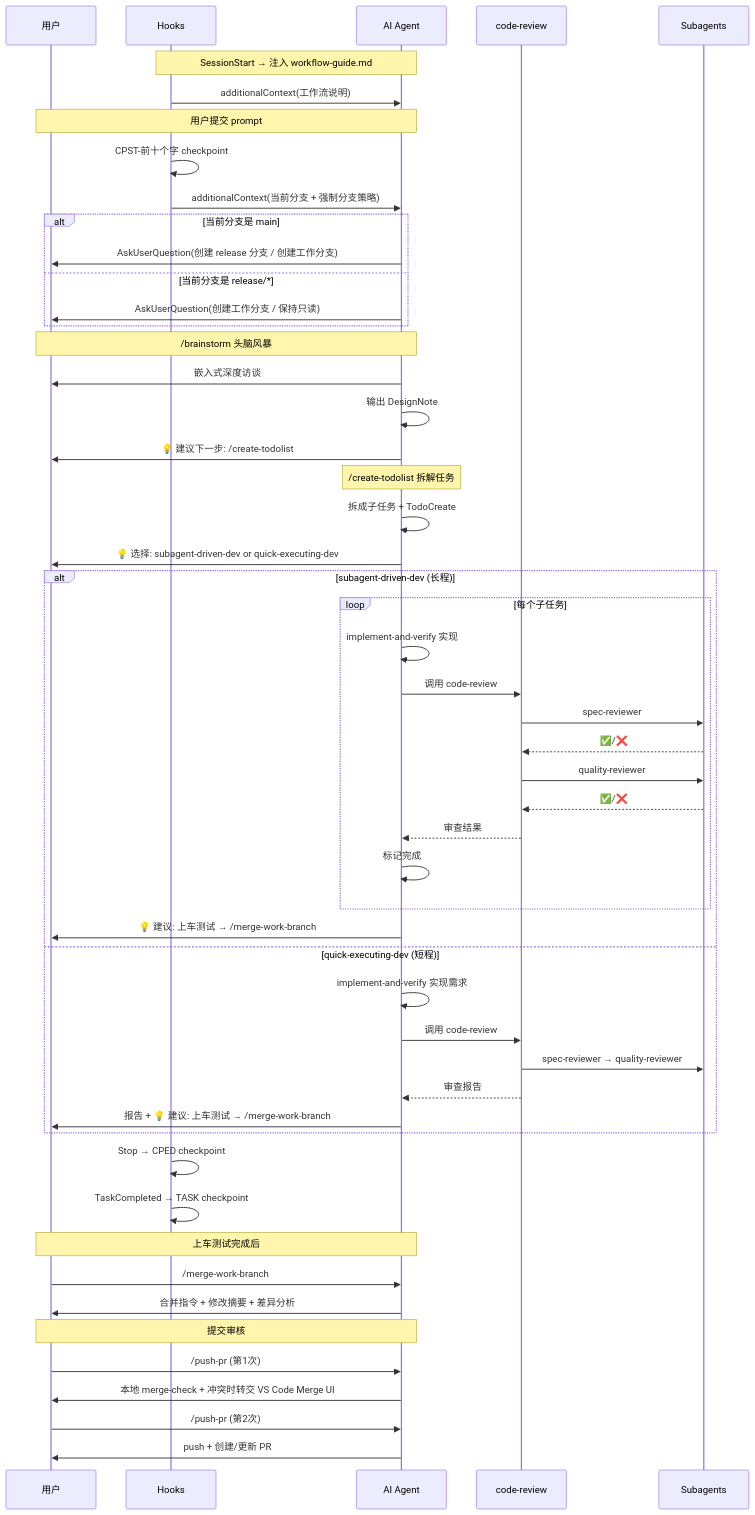
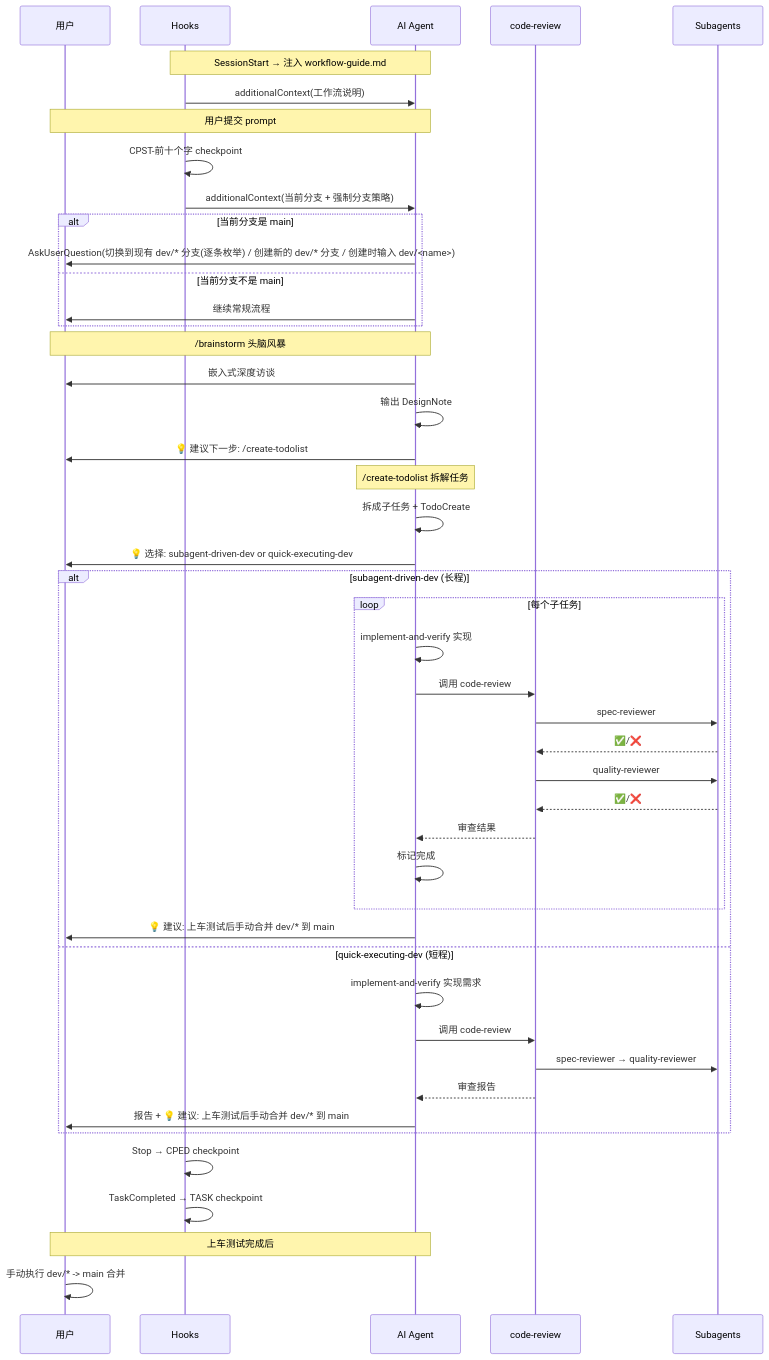
One commit to IHiter-2026-Wheeled-Bipedal-Soldier/Wheeled_Bipedal_Shared_CC_Config changed the second of 2 diagrams in Resources/AI 开发工作流系统设计框架.md. Above: the diagram before and after it, drawn with Mermaid. The commit also changed other lines of this file and 9 other files, not shown here.

````diff
--- a/Resources/AI 开发工作流系统设计框架.md
+++ b/Resources/AI 开发工作流系统设计框架.md
@@ -529,63 +521,56 @@
 ```mermaid
 sequenceDiagram
     participant U as 用户
     participant H as Hooks
     participant AI as AI Agent
     participant CR as code-review
     participant SA as Subagents
 
     Note over H,AI: SessionStart → 注入 workflow-guide.md
     H->>AI: additionalContext(工作流说明)
 
     Note over U,AI: 用户提交 prompt
     H->>H: CPST-前十个字 checkpoint
     H->>AI: additionalContext(当前分支 + 强制分支策略)
 
     alt 当前分支是 main
-      AI->>U: AskUserQuestion(创建 release 分支 / 创建工作分支)
-    else 当前分支是 release/*
-      AI->>U: AskUserQuestion(创建工作分支 / 保持只读)
+      AI->>U: AskUserQuestion(切换到现有 dev/* 分支(逐条枚举) / 创建新的 dev/* 分支 / 创建时输入 dev/<name>)
+    else 当前分支不是 main
+      AI->>U: 继续常规流程
     end
 
     Note over U,AI: /brainstorm 头脑风暴
     AI->>U: 嵌入式深度访谈
     AI->>AI: 输出 DesignNote
     AI->>U: 💡 建议下一步: /create-todolist
 
     Note over AI: /create-todolist 拆解任务
     AI->>AI: 拆成子任务 + TodoCreate
     AI->>U: 💡 选择: subagent-driven-dev or quick-executing-dev
 
     alt subagent-driven-dev (长程)
         loop 每个子任务
             AI->>AI: implement-and-verify 实现
             AI->>CR: 调用 code-review
             CR->>SA: spec-reviewer
             SA-->>CR: ✅/❌
             CR->>SA: quality-reviewer
             SA-->>CR: ✅/❌
             CR-->>AI: 审查结果
             AI->>AI: 标记完成
         end
-        AI->>U: 💡 建议: 上车测试 → /merge-work-branch
+        AI->>U: 💡 建议: 上车测试后手动合并 dev/* 到 main
     else quick-executing-dev (短程)
         AI->>AI: implement-and-verify 实现需求
         AI->>CR: 调用 code-review
         CR->>SA: spec-reviewer → quality-reviewer
         CR-->>AI: 审查报告
-        AI->>U: 报告 + 💡 建议: 上车测试 → /merge-work-branch
+        AI->>U: 报告 + 💡 建议: 上车测试后手动合并 dev/* 到 main
     end
 
     H->>H: Stop → CPED checkpoint
     H->>H: TaskCompleted → TASK checkpoint
 
     Note over U,AI: 上车测试完成后
-    U->>AI: /merge-work-branch
-    AI->>U: 合并指令 + 修改摘要 + 差异分析
-
-    Note over U,AI: 提交审核
-    U->>AI: /push-pr (第1次)
-    AI->>U: 本地 merge-check + 冲突时转交 VS Code Merge UI
-    U->>AI: /push-pr (第2次)
-    AI->>U: push + 创建/更新 PR
+    U->>U: 手动执行 dev/* -> main 合并
 ```
````
